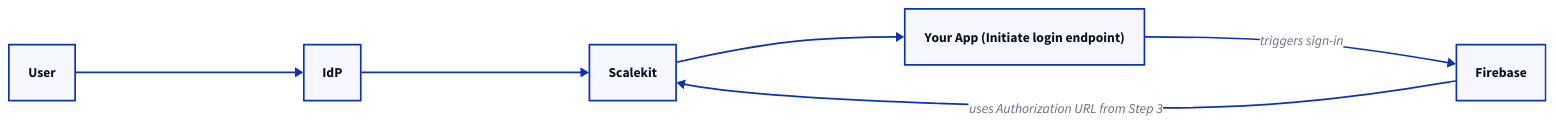
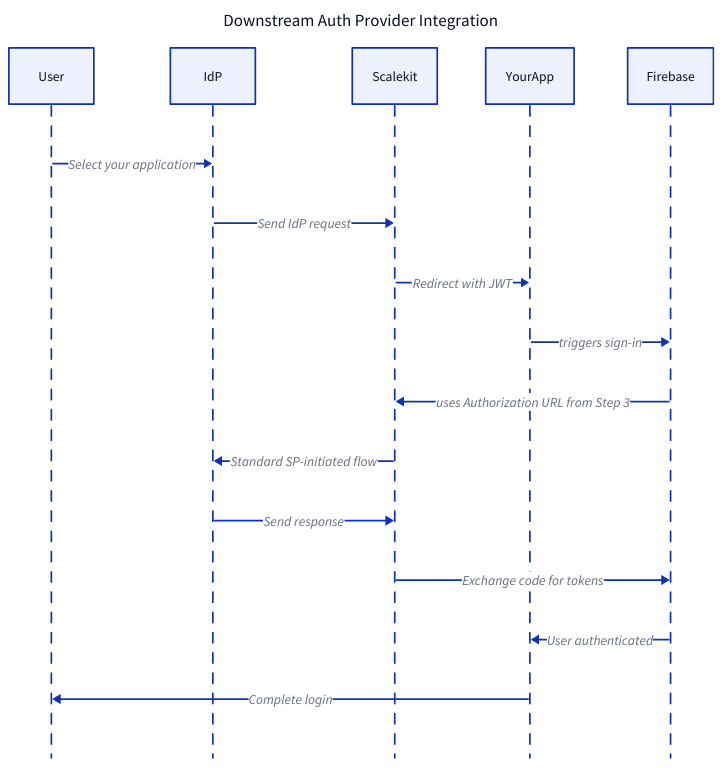
Before and after one commit to scalekit-inc/developer-docs: the second of 2 diagrams in src/content/docs/sso/guides/idp-init-sso.mdx, drawn with D2. The commit also changed other lines of this file and 3 other files, not shown here.

````diff
--- a/src/content/docs/sso/guides/idp-init-sso.mdx
+++ b/src/content/docs/sso/guides/idp-init-sso.mdx
@@ -235,15 +394,20 @@
-```d2 layout=elk
-direction: right
+```d2 pad=50
+title: "Downstream Auth Provider Integration" {
+  near: top-center
+  shape: text
+  style.font-size: 20
+}
 
-User: "User"
-IdP: "IdP"
-Scalekit: "Scalekit"
-YourApp: "Your App (Initiate login endpoint)"
-Firebase: "Firebase"
+shape: sequence_diagram
 
-User -> IdP
-IdP -> Scalekit
-Scalekit -> YourApp
+User -> IdP: Select your application
+IdP -> Scalekit: Send IdP request
+Scalekit -> YourApp: Redirect with JWT
 YourApp -> Firebase: "triggers sign-in"
 Firebase -> Scalekit: "uses Authorization URL from Step 3"
+Scalekit -> IdP: Standard SP-initiated flow
+IdP -> Scalekit: Send response
+Scalekit -> Firebase: Exchange code for tokens
+Firebase -> YourApp: User authenticated
+YourApp -> User: Complete login
 ```
````
